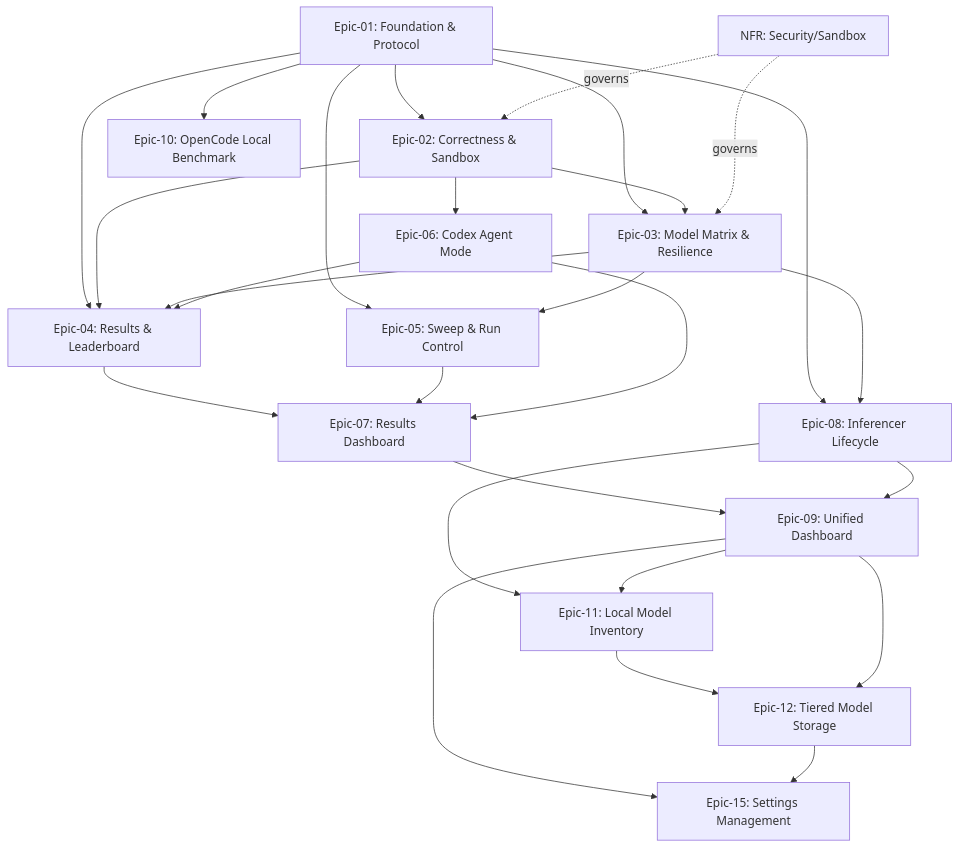
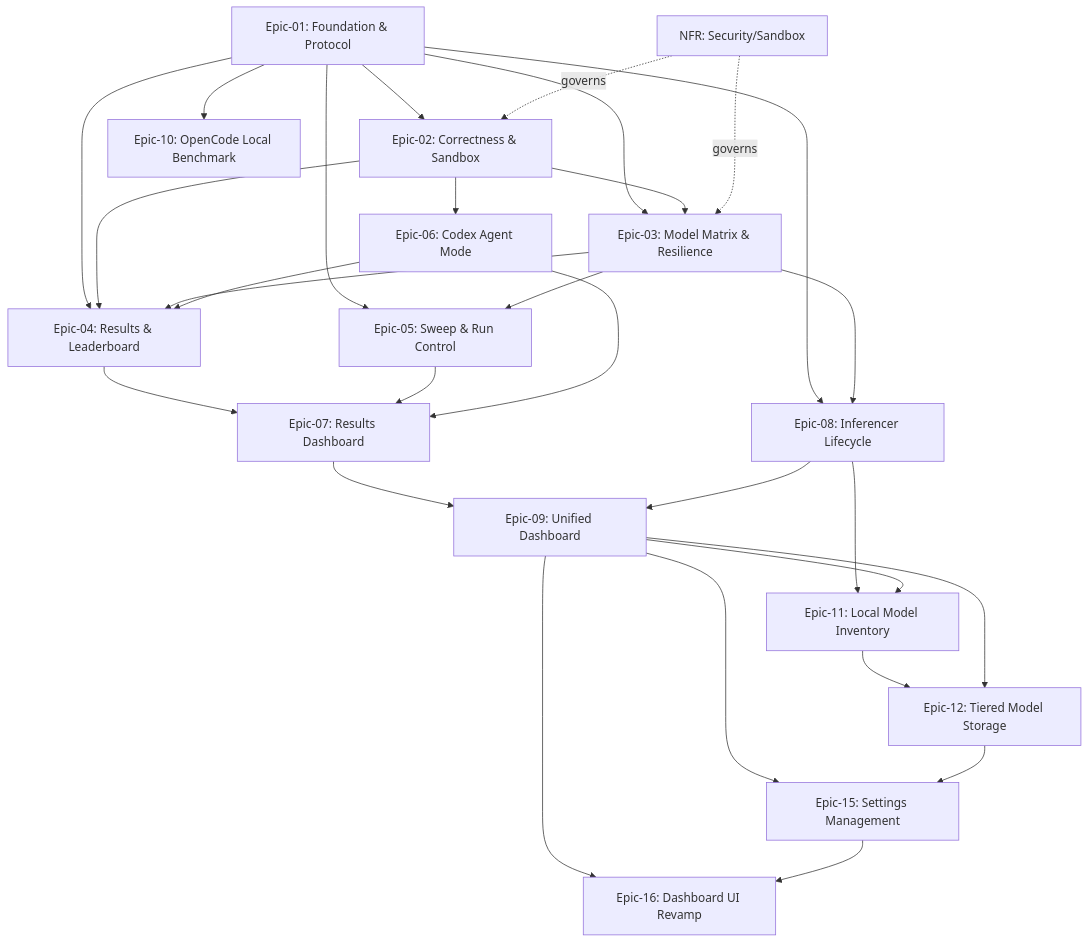
Before and after one commit to fxmartin/local-code-bench: the diagram in docs/STORIES.md, drawn with Mermaid. The commit also changed other lines of this file and 1 other file, not shown here.

First line of the commit message:
docs(stories): add Epic-16 dashboard UI revamp (minimalist monochrome theme)

````diff
--- a/docs/STORIES.md
+++ b/docs/STORIES.md
@@ -91,29 +93,31 @@
 ```mermaid
 graph TD
     E01[Epic-01: Foundation & Protocol] --> E02[Epic-02: Correctness & Sandbox]
     E01 --> E03[Epic-03: Model Matrix & Resilience]
     E02 --> E03
     E01 --> E04[Epic-04: Results & Leaderboard]
     E02 --> E04
     E03 --> E04
     E02 --> E06[Epic-06: Codex Agent Mode]
     E06 --> E04
     E01 --> E05[Epic-05: Sweep & Run Control]
     E03 --> E05
     E04 --> E07[Epic-07: Results Dashboard]
     E05 --> E07
     E06 --> E07
     E01 --> E08[Epic-08: Inferencer Lifecycle]
     E03 --> E08
     E07 --> E09[Epic-09: Unified Dashboard]
     E08 --> E09
     E01 --> E10[Epic-10: OpenCode Local Benchmark]
     E08 --> E11[Epic-11: Local Model Inventory]
     E09 --> E11
     E11 --> E12[Epic-12: Tiered Model Storage]
     E09 --> E12
     E09 --> E15[Epic-15: Settings Management]
     E12 --> E15
+    E09 --> E16[Epic-16: Dashboard UI Revamp]
+    E15 --> E16
     NFR[NFR: Security/Sandbox] -.governs.-> E02
     NFR -.governs.-> E03
 ```
````
